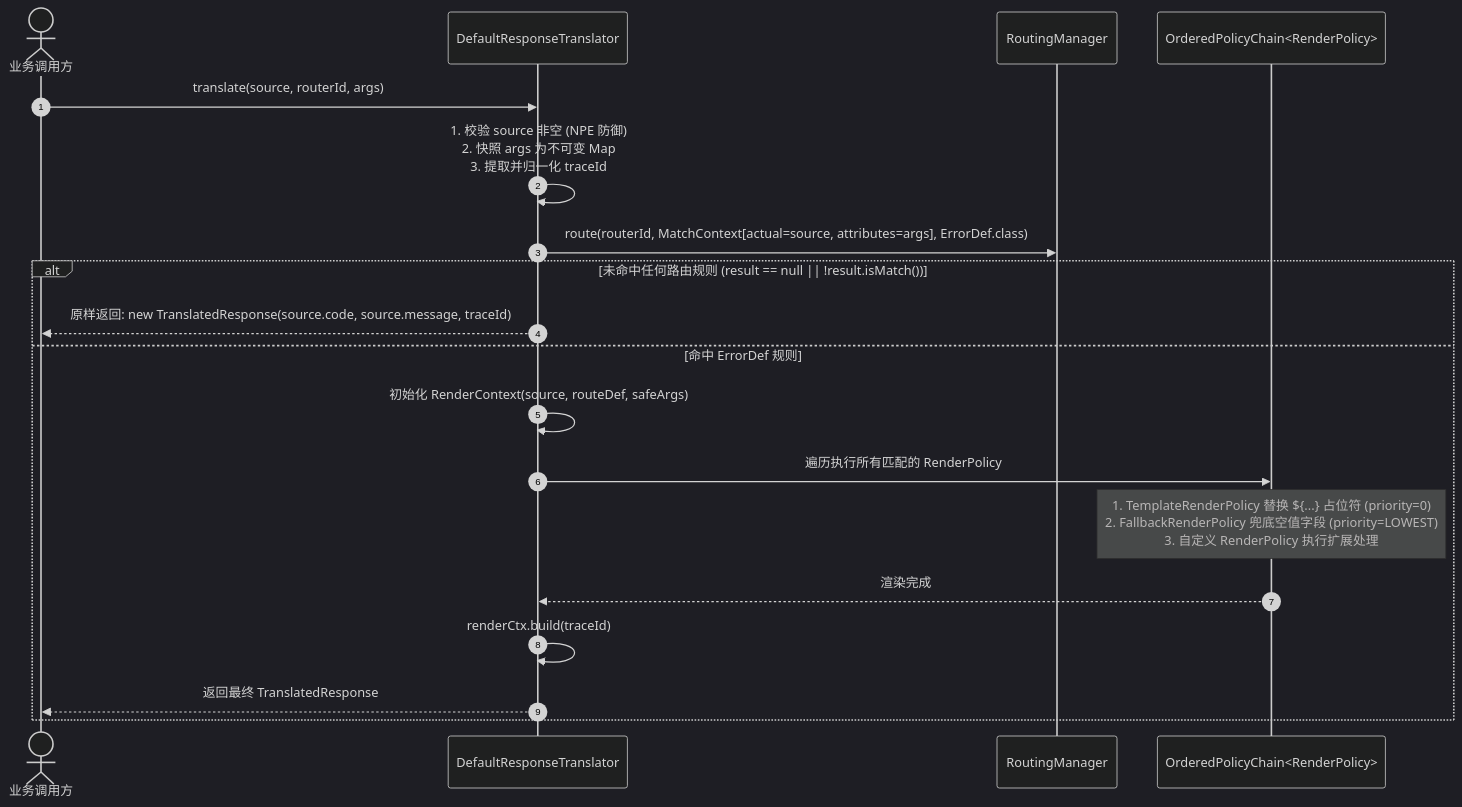
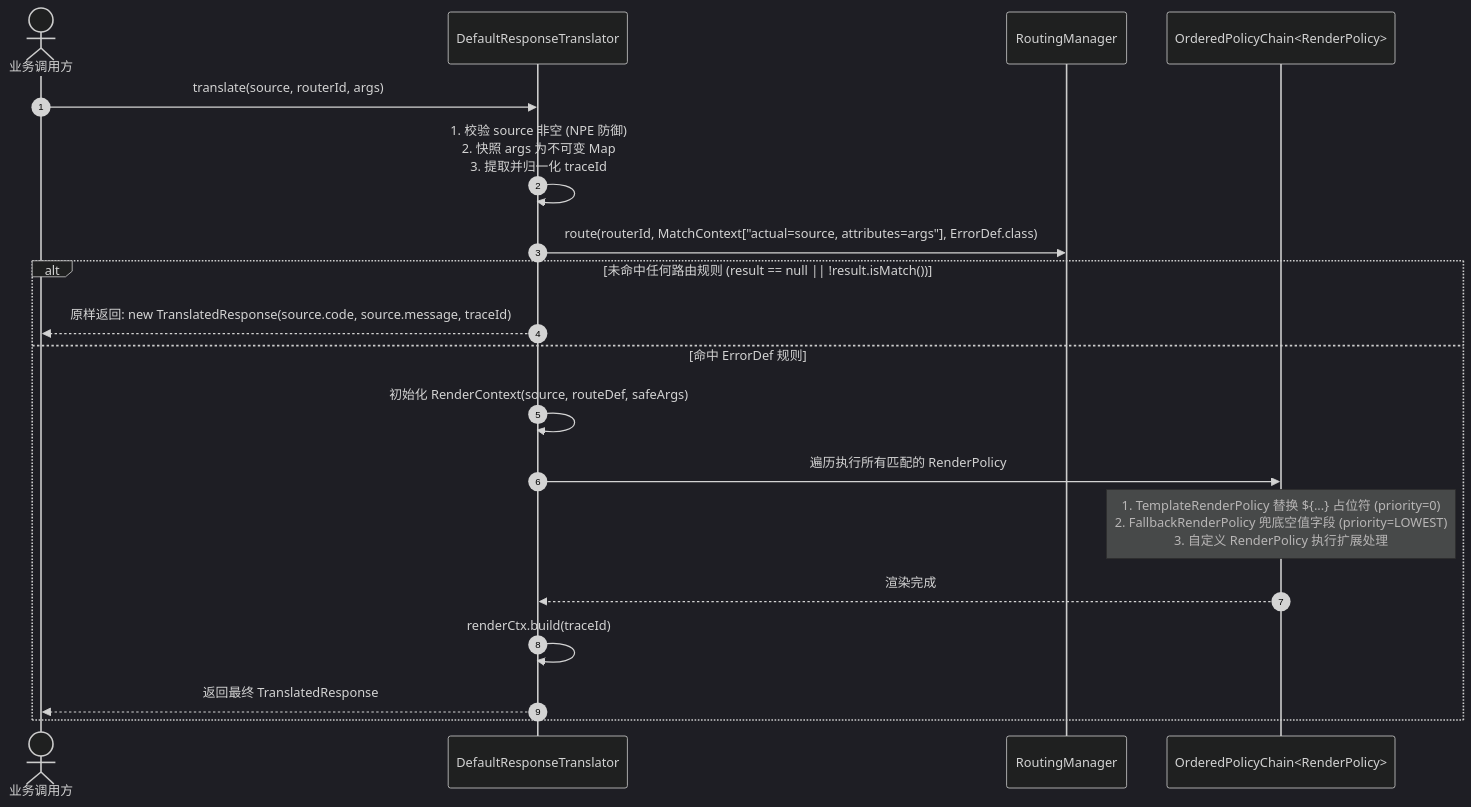
The diagram in docs/translator/translator-model.md (team4u/team4u-framework), drawn with Mermaid (dark theme) before and after one commit. The commit also changed 32 other files, not shown here.

Commit message:
docs: fix mermaid syntax across all documents with properly quoted labels and safe subgraphs

````diff
--- a/docs/translator/translator-model.md
+++ b/docs/translator/translator-model.md
@@ -71,23 +71,23 @@
 ```mermaid
 sequenceDiagram
     autonumber
     actor Client as 业务调用方
     participant Engine as DefaultResponseTranslator
     participant Router as RoutingManager
     participant Chain as OrderedPolicyChain<RenderPolicy>
 
     Client->>Engine: translate(source, routerId, args)
     Engine->>Engine: 1. 校验 source 非空 (NPE 防御)<br/>2. 快照 args 为不可变 Map<br/>3. 提取并归一化 traceId
-    Engine->>Router: route(routerId, MatchContext[actual=source, attributes=args], ErrorDef.class)
+    Engine->>Router: route(routerId, MatchContext["actual=source, attributes=args"], ErrorDef.class)
     
     alt 未命中任何路由规则 (result == null || !result.isMatch())
         Engine-->>Client: 原样返回: new TranslatedResponse(source.code, source.message, traceId)
     else 命中 ErrorDef 规则
         Engine->>Engine: 初始化 RenderContext(source, routeDef, safeArgs)
         Engine->>Chain: 遍历执行所有匹配的 RenderPolicy
         Note over Chain: 1. TemplateRenderPolicy 替换 ${...} 占位符 (priority=0)<br/>2. FallbackRenderPolicy 兜底空值字段 (priority=LOWEST)<br/>3. 自定义 RenderPolicy 执行扩展处理
         Chain-->>Engine: 渲染完成
         Engine->>Engine: renderCtx.build(traceId)
         Engine-->>Client: 返回最终 TranslatedResponse
     end
 ```
````
